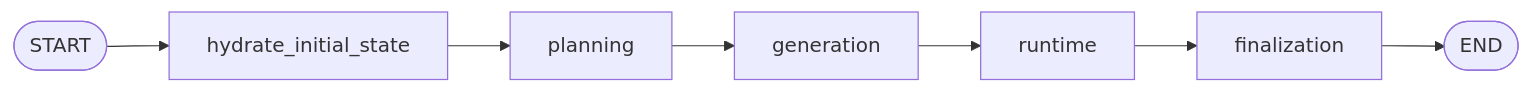
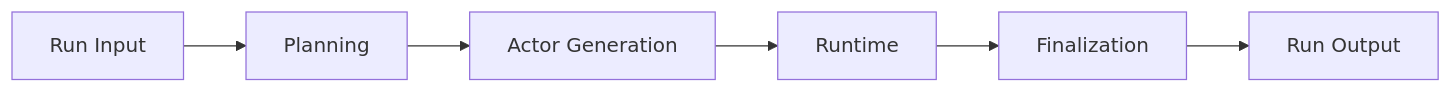
Before and after one commit to keonho-kim/simula: the diagram in docs/workflows/simulation.md, drawn with Mermaid. The commit also changed other lines of this file and 513 other files, not shown here.

````diff
--- a/docs/workflows/simulation.md
+++ b/docs/workflows/simulation.md
@@ -7,9 +27,8 @@
 ```mermaid
 flowchart LR
-    Start([START]) --> Hydrate["hydrate_initial_state"]
-    Hydrate --> Planning["planning"]
-    Planning --> Generation["generation"]
-    Generation --> Runtime["runtime"]
-    Runtime --> Finalization["finalization"]
-    Finalization --> End([END])
+    Start["Run Input"] --> Plan["Planning"]
+    Plan --> Actors["Actor Generation"]
+    Actors --> Runtime["Runtime"]
+    Runtime --> Final["Finalization"]
+    Final --> Done["Run Output"]
 ```
````
